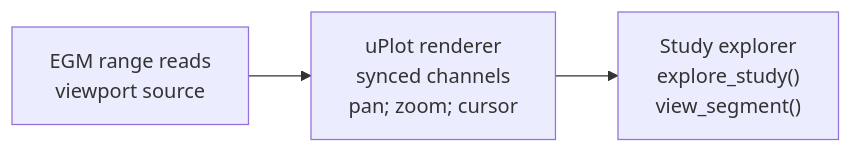
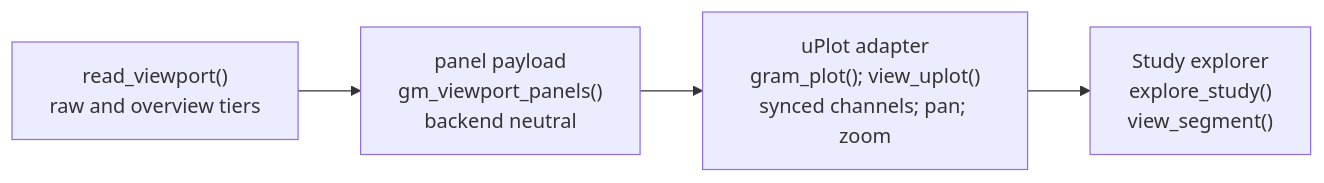
The third of 5 diagrams in vignettes/design.qmd (shah-in-boots/ggm), drawn with Mermaid before and after one commit. The commit also changed other lines of this file and 16 other files, not shown here.

````diff
--- a/vignettes/design.qmd
+++ b/vignettes/design.qmd
@@ -181,10 +214,12 @@
 ```{mermaid}
 %%| label: visualization-map
 flowchart LR
-    RangeReads["EGM range reads<br/>viewport source"]:::implemented
-    UplotRenderer["uPlot renderer<br/>synced channels<br/>pan; zoom; cursor"]:::planned
+    Viewport["read_viewport()<br/>raw and overview tiers"]:::implemented
+    Panels["panel payload<br/>gm_viewport_panels()<br/>backend neutral"]:::implemented
+    UplotRenderer["uPlot adapter<br/>gram_plot(); view_uplot()<br/>synced channels; pan; zoom"]:::implemented
     StudyExplorer["Study explorer<br/>explore_study()<br/>view_segment()"]:::planned
 
-    RangeReads --> UplotRenderer
+    Viewport --> Panels
+    Panels --> UplotRenderer
     UplotRenderer --> StudyExplorer
 ```
````
